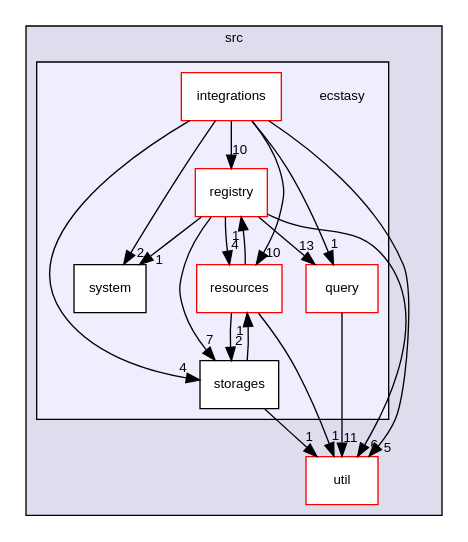
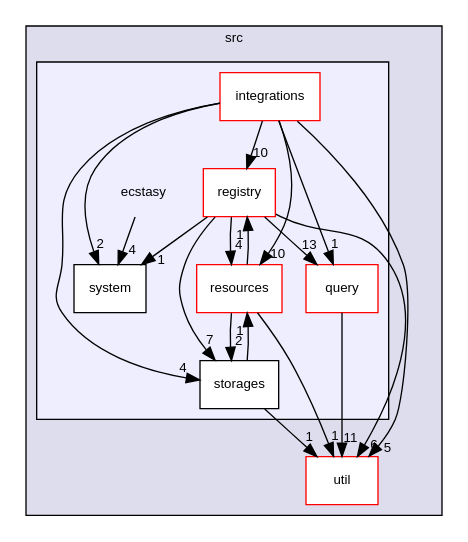
The diagram in dir_6b0b9537e2784bce85aaa1605580a3a0_dep.dot (AndreasLrx/ecstasy), drawn with Graphviz before and after one commit. The commit also changed 437 other files, not shown here.

```diff
--- a/dir_6b0b9537e2784bce85aaa1605580a3a0_dep.dot
+++ b/dir_6b0b9537e2784bce85aaa1605580a3a0_dep.dot
@@ -1,36 +1,37 @@
 digraph "src/ecstasy" {
   compound=true
   node [ fontsize="10", fontname="Helvetica"];
   edge [ labelfontsize="10", labelfontname="Helvetica"];
   subgraph clusterdir_68267d1309a1af8e8297ef4c3efbcdba {
     graph [ bgcolor="#ddddee", pencolor="black", label="src" fontname="Helvetica", fontsize="10", URL="dir_68267d1309a1af8e8297ef4c3efbcdba.html"]
   dir_b7878ad5ecbf2506f4125b9d34c97e45 [shape=box label="util" fillcolor="white" style="filled" color="red" URL="dir_b7878ad5ecbf2506f4125b9d34c97e45.html"];
   subgraph clusterdir_6b0b9537e2784bce85aaa1605580a3a0 {
     graph [ bgcolor="#eeeeff", pencolor="black", label="" URL="dir_6b0b9537e2784bce85aaa1605580a3a0.html"];
     dir_6b0b9537e2784bce85aaa1605580a3a0 [shape=plaintext label="ecstasy"];
   dir_f15917d6366dfa96c32563b53409824a [shape=box label="integrations" fillcolor="white" style="filled" color="red" URL="dir_f15917d6366dfa96c32563b53409824a.html"];
   dir_5392b01d02c3d4d0985a94f633790057 [shape=box label="query" fillcolor="white" style="filled" color="red" URL="dir_5392b01d02c3d4d0985a94f633790057.html"];
   dir_27d9dd95bf0309eb27f3bb61fbabadeb [shape=box label="registry" fillcolor="white" style="filled" color="red" URL="dir_27d9dd95bf0309eb27f3bb61fbabadeb.html"];
   dir_8c1a170fbd0a5283d7ed264cf6df56b3 [shape=box label="resources" fillcolor="white" style="filled" color="red" URL="dir_8c1a170fbd0a5283d7ed264cf6df56b3.html"];
   dir_4a1419ba0e8125a1fc6aeccf1492e850 [shape=box label="storages" fillcolor="white" style="filled" URL="dir_4a1419ba0e8125a1fc6aeccf1492e850.html"];
   dir_bb1f71bfffde0d1688dd5f7686f27ec6 [shape=box label="system" fillcolor="white" style="filled" URL="dir_bb1f71bfffde0d1688dd5f7686f27ec6.html"];
   }
   }
-  dir_5392b01d02c3d4d0985a94f633790057->dir_b7878ad5ecbf2506f4125b9d34c97e45 [headlabel="11", labeldistance=1.5 headhref="dir_000012_000027.html"];
-  dir_4a1419ba0e8125a1fc6aeccf1492e850->dir_8c1a170fbd0a5283d7ed264cf6df56b3 [headlabel="1", labeldistance=1.5 headhref="dir_000021_000019.html"];
-  dir_4a1419ba0e8125a1fc6aeccf1492e850->dir_b7878ad5ecbf2506f4125b9d34c97e45 [headlabel="1", labeldistance=1.5 headhref="dir_000021_000027.html"];
-  dir_f15917d6366dfa96c32563b53409824a->dir_27d9dd95bf0309eb27f3bb61fbabadeb [headlabel="10", labeldistance=1.5 headhref="dir_000003_000016.html"];
-  dir_f15917d6366dfa96c32563b53409824a->dir_4a1419ba0e8125a1fc6aeccf1492e850 [headlabel="4", labeldistance=1.5 headhref="dir_000003_000021.html"];
-  dir_f15917d6366dfa96c32563b53409824a->dir_5392b01d02c3d4d0985a94f633790057 [headlabel="1", labeldistance=1.5 headhref="dir_000003_000012.html"];
-  dir_f15917d6366dfa96c32563b53409824a->dir_8c1a170fbd0a5283d7ed264cf6df56b3 [headlabel="10", labeldistance=1.5 headhref="dir_000003_000019.html"];
+  dir_5392b01d02c3d4d0985a94f633790057->dir_b7878ad5ecbf2506f4125b9d34c97e45 [headlabel="11", labeldistance=1.5 headhref="dir_000013_000027.html"];
+  dir_4a1419ba0e8125a1fc6aeccf1492e850->dir_8c1a170fbd0a5283d7ed264cf6df56b3 [headlabel="1", labeldistance=1.5 headhref="dir_000022_000020.html"];
+  dir_4a1419ba0e8125a1fc6aeccf1492e850->dir_b7878ad5ecbf2506f4125b9d34c97e45 [headlabel="1", labeldistance=1.5 headhref="dir_000022_000027.html"];
+  dir_6b0b9537e2784bce85aaa1605580a3a0->dir_bb1f71bfffde0d1688dd5f7686f27ec6 [headlabel="4", labeldistance=1.5 headhref="dir_000002_000023.html"];
+  dir_f15917d6366dfa96c32563b53409824a->dir_27d9dd95bf0309eb27f3bb61fbabadeb [headlabel="10", labeldistance=1.5 headhref="dir_000003_000017.html"];
+  dir_f15917d6366dfa96c32563b53409824a->dir_4a1419ba0e8125a1fc6aeccf1492e850 [headlabel="4", labeldistance=1.5 headhref="dir_000003_000022.html"];
+  dir_f15917d6366dfa96c32563b53409824a->dir_5392b01d02c3d4d0985a94f633790057 [headlabel="1", labeldistance=1.5 headhref="dir_000003_000013.html"];
+  dir_f15917d6366dfa96c32563b53409824a->dir_8c1a170fbd0a5283d7ed264cf6df56b3 [headlabel="10", labeldistance=1.5 headhref="dir_000003_000020.html"];
   dir_f15917d6366dfa96c32563b53409824a->dir_b7878ad5ecbf2506f4125b9d34c97e45 [headlabel="5", labeldistance=1.5 headhref="dir_000003_000027.html"];
-  dir_f15917d6366dfa96c32563b53409824a->dir_bb1f71bfffde0d1688dd5f7686f27ec6 [headlabel="2", labeldistance=1.5 headhref="dir_000003_000026.html"];
-  dir_8c1a170fbd0a5283d7ed264cf6df56b3->dir_27d9dd95bf0309eb27f3bb61fbabadeb [headlabel="1", labeldistance=1.5 headhref="dir_000019_000016.html"];
-  dir_8c1a170fbd0a5283d7ed264cf6df56b3->dir_4a1419ba0e8125a1fc6aeccf1492e850 [headlabel="2", labeldistance=1.5 headhref="dir_000019_000021.html"];
-  dir_8c1a170fbd0a5283d7ed264cf6df56b3->dir_b7878ad5ecbf2506f4125b9d34c97e45 [headlabel="1", labeldistance=1.5 headhref="dir_000019_000027.html"];
-  dir_27d9dd95bf0309eb27f3bb61fbabadeb->dir_4a1419ba0e8125a1fc6aeccf1492e850 [headlabel="7", labeldistance=1.5 headhref="dir_000016_000021.html"];
-  dir_27d9dd95bf0309eb27f3bb61fbabadeb->dir_5392b01d02c3d4d0985a94f633790057 [headlabel="13", labeldistance=1.5 headhref="dir_000016_000012.html"];
-  dir_27d9dd95bf0309eb27f3bb61fbabadeb->dir_8c1a170fbd0a5283d7ed264cf6df56b3 [headlabel="4", labeldistance=1.5 headhref="dir_000016_000019.html"];
-  dir_27d9dd95bf0309eb27f3bb61fbabadeb->dir_b7878ad5ecbf2506f4125b9d34c97e45 [headlabel="6", labeldistance=1.5 headhref="dir_000016_000027.html"];
-  dir_27d9dd95bf0309eb27f3bb61fbabadeb->dir_bb1f71bfffde0d1688dd5f7686f27ec6 [headlabel="1", labeldistance=1.5 headhref="dir_000016_000026.html"];
+  dir_f15917d6366dfa96c32563b53409824a->dir_bb1f71bfffde0d1688dd5f7686f27ec6 [headlabel="2", labeldistance=1.5 headhref="dir_000003_000023.html"];
+  dir_8c1a170fbd0a5283d7ed264cf6df56b3->dir_27d9dd95bf0309eb27f3bb61fbabadeb [headlabel="1", labeldistance=1.5 headhref="dir_000020_000017.html"];
+  dir_8c1a170fbd0a5283d7ed264cf6df56b3->dir_4a1419ba0e8125a1fc6aeccf1492e850 [headlabel="2", labeldistance=1.5 headhref="dir_000020_000022.html"];
+  dir_8c1a170fbd0a5283d7ed264cf6df56b3->dir_b7878ad5ecbf2506f4125b9d34c97e45 [headlabel="1", labeldistance=1.5 headhref="dir_000020_000027.html"];
+  dir_27d9dd95bf0309eb27f3bb61fbabadeb->dir_4a1419ba0e8125a1fc6aeccf1492e850 [headlabel="7", labeldistance=1.5 headhref="dir_000017_000022.html"];
+  dir_27d9dd95bf0309eb27f3bb61fbabadeb->dir_5392b01d02c3d4d0985a94f633790057 [headlabel="13", labeldistance=1.5 headhref="dir_000017_000013.html"];
+  dir_27d9dd95bf0309eb27f3bb61fbabadeb->dir_8c1a170fbd0a5283d7ed264cf6df56b3 [headlabel="4", labeldistance=1.5 headhref="dir_000017_000020.html"];
+  dir_27d9dd95bf0309eb27f3bb61fbabadeb->dir_b7878ad5ecbf2506f4125b9d34c97e45 [headlabel="6", labeldistance=1.5 headhref="dir_000017_000027.html"];
+  dir_27d9dd95bf0309eb27f3bb61fbabadeb->dir_bb1f71bfffde0d1688dd5f7686f27ec6 [headlabel="1", labeldistance=1.5 headhref="dir_000017_000023.html"];
 }
```
